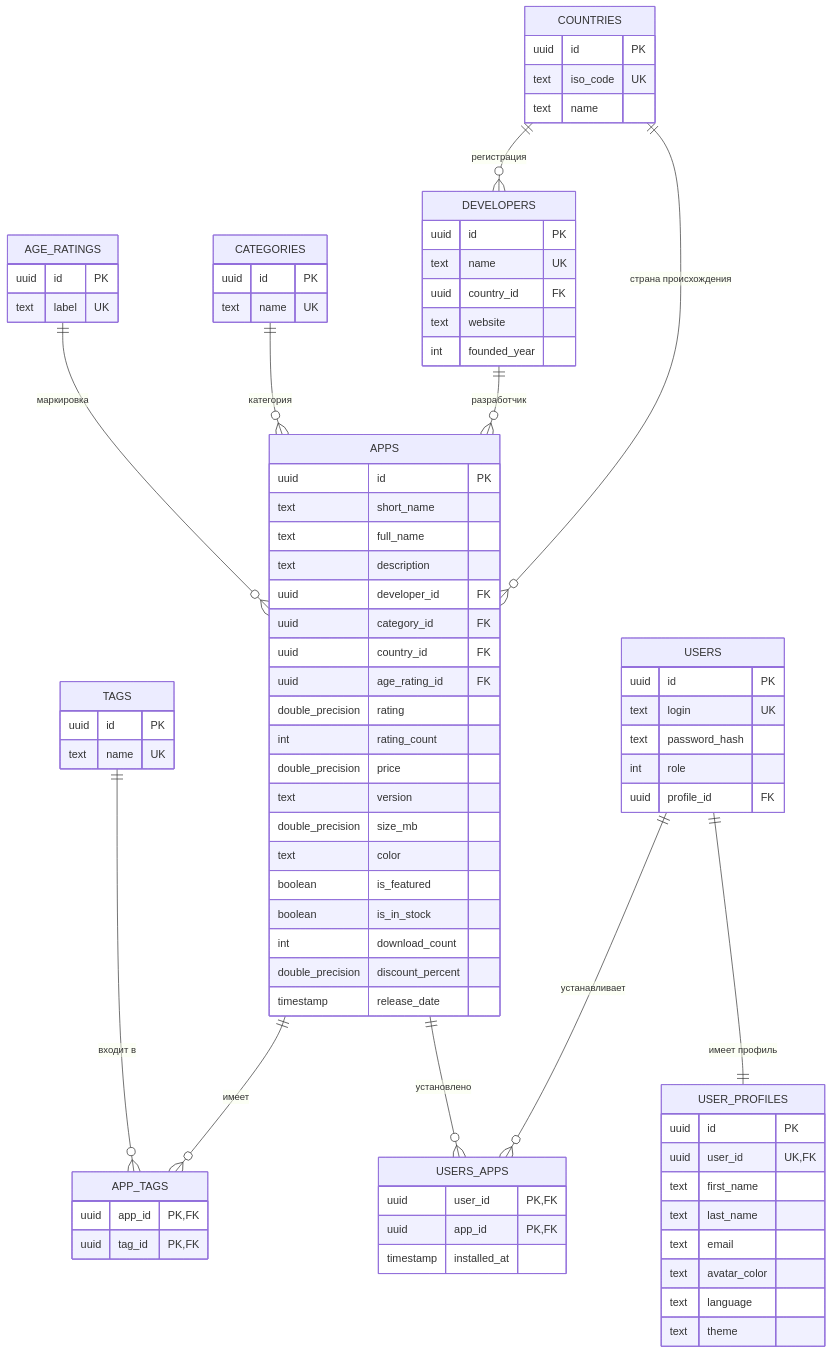
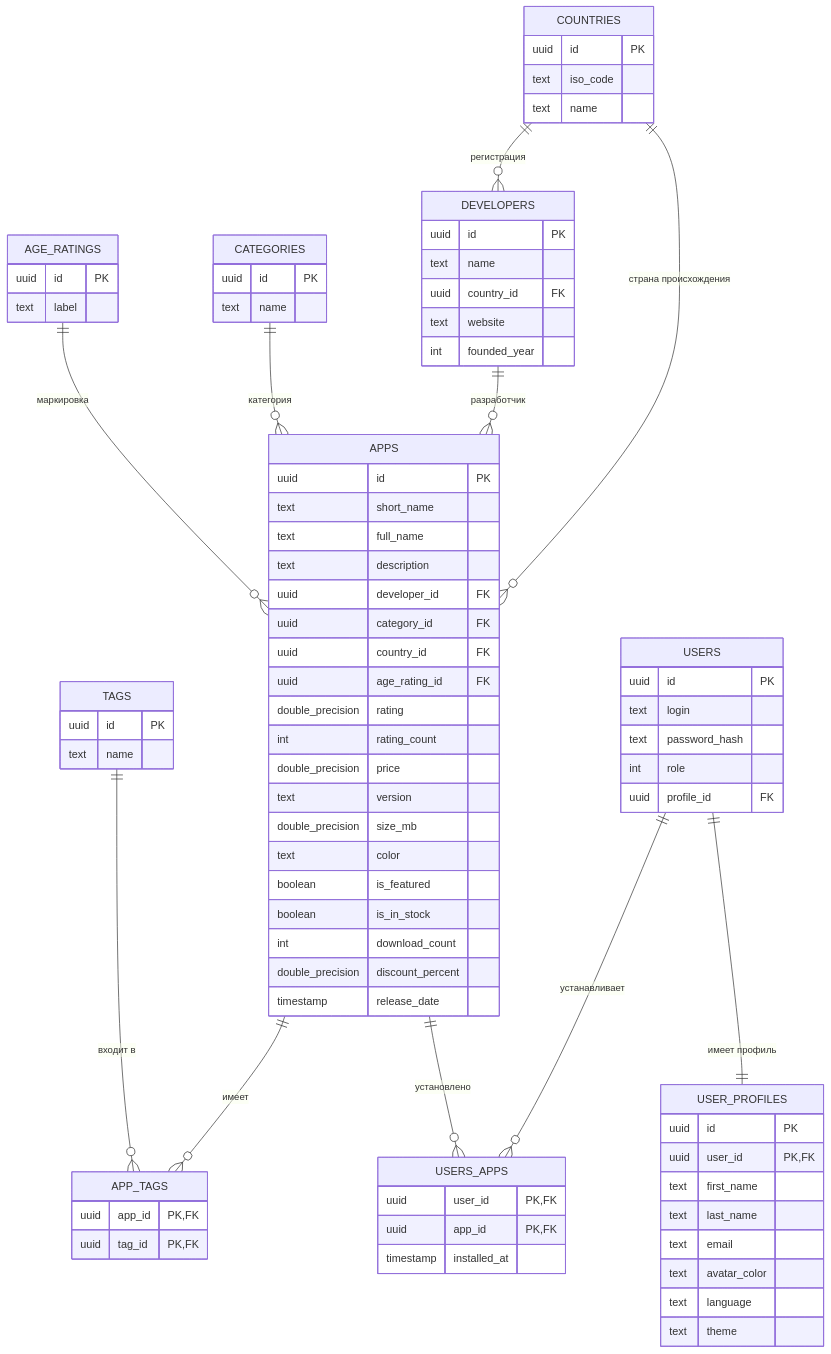
The diagram in docs/DATABASE.md (martim-x/AppStore), drawn with Mermaid before and after one commit. The commit also changed 3 other files, not shown here.

First line of the commit message:
docs(report): источники, ERD и текст по замечаниям

```diff
--- a/docs/DATABASE.md
+++ b/docs/DATABASE.md
@@ -22,13 +22,13 @@
 
     COUNTRIES {
         uuid id PK
-        text iso_code UK
+        text iso_code
         text name
     }
 
     DEVELOPERS {
         uuid id PK
-        text name UK
+        text name
         uuid country_id FK
         text website
         int founded_year
@@ -36,17 +36,17 @@
 
     CATEGORIES {
         uuid id PK
-        text name UK
+        text name
     }
 
     AGE_RATINGS {
         uuid id PK
-        text label UK
+        text label
     }
 
     TAGS {
         uuid id PK
-        text name UK
+        text name
     }
 
     APPS {
@@ -78,7 +78,7 @@
 
     USERS {
         uuid id PK
-        text login UK
+        text login
         text password_hash
         int role
         uuid profile_id FK
@@ -86,7 +86,7 @@
 
     USER_PROFILES {
         uuid id PK
-        uuid user_id UK,FK
+        uuid user_id PK,FK
         text first_name
         text last_name
         text email
```
